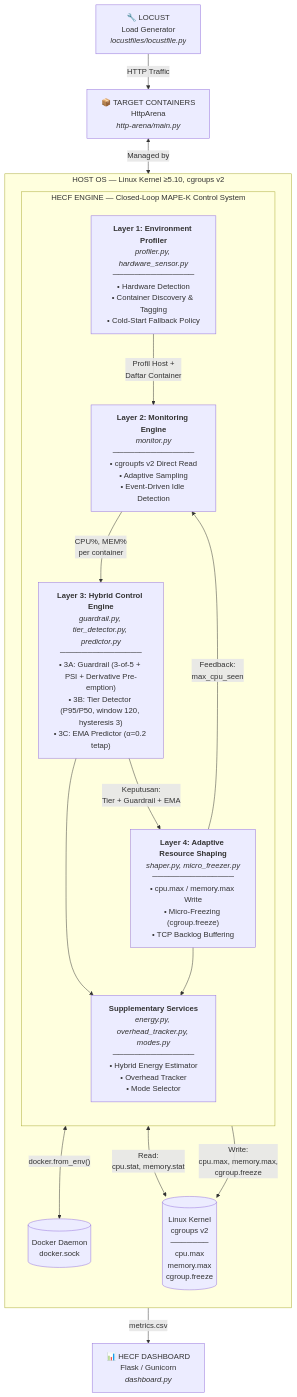
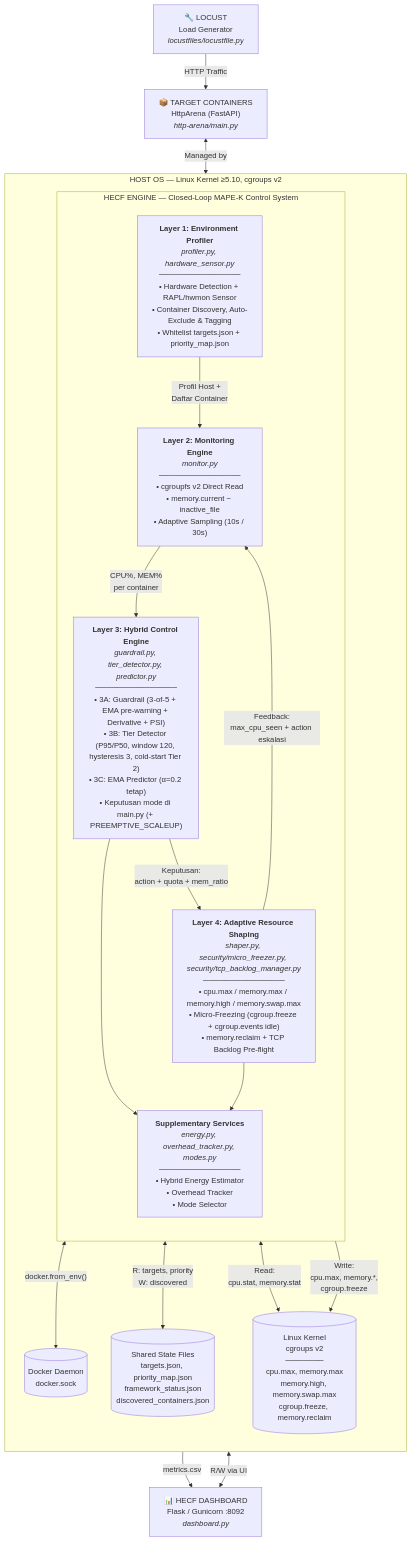
The first of 2 diagrams in architecture-diagrams/00-concept/big_picture.md (fauzanreza/green-container-framework), drawn with Mermaid before and after one commit. The commit also changed other lines of this file and 18 other files, not shown here.

````diff
--- a/architecture-diagrams/00-concept/big_picture.md
+++ b/architecture-diagrams/00-concept/big_picture.md
@@ -8,42 +8,45 @@
 ```mermaid
 flowchart TB
     subgraph HOST["HOST OS — Linux Kernel ≥5.10, cgroups v2"]
         direction TB
 
         subgraph MAPE["HECF ENGINE — Closed-Loop MAPE-K Control System"]
             direction TB
 
-            L1["<b>Layer 1: Environment Profiler</b><br/><i>profiler.py, hardware_sensor.py</i><br/>───────────────<br/>• Hardware Detection<br/>• Container Discovery & Tagging<br/>• Cold-Start Fallback Policy"]
+            L1["<b>Layer 1: Environment Profiler</b><br/><i>profiler.py, hardware_sensor.py</i><br/>───────────────<br/>• Hardware Detection + RAPL/hwmon Sensor<br/>• Container Discovery, Auto-Exclude & Tagging<br/>• Whitelist targets.json + priority_map.json"]
 
-            L2["<b>Layer 2: Monitoring Engine</b><br/><i>monitor.py</i><br/>───────────────<br/>• cgroupfs v2 Direct Read<br/>• Adaptive Sampling<br/>• Event-Driven Idle Detection"]
+            L2["<b>Layer 2: Monitoring Engine</b><br/><i>monitor.py</i><br/>───────────────<br/>• cgroupfs v2 Direct Read<br/>• memory.current − inactive_file<br/>• Adaptive Sampling (10s / 30s)"]
 
-            L3["<b>Layer 3: Hybrid Control Engine</b><br/><i>guardrail.py, tier_detector.py, predictor.py</i><br/>───────────────<br/>• 3A: Guardrail (3-of-5 + PSI + Derivative Pre-emption)<br/>• 3B: Tier Detector (P95/P50, window 120, hysteresis 3)<br/>• 3C: EMA Predictor (α=0.2 tetap)"]
+            L3["<b>Layer 3: Hybrid Control Engine</b><br/><i>guardrail.py, tier_detector.py, predictor.py</i><br/>───────────────<br/>• 3A: Guardrail (3-of-5 + EMA pre-warning + Derivative + PSI)<br/>• 3B: Tier Detector (P95/P50, window 120, hysteresis 3, cold-start Tier 2)<br/>• 3C: EMA Predictor (α=0.2 tetap)<br/>• Keputusan mode di main.py (+ PREEMPTIVE_SCALEUP)"]
 
-            L4["<b>Layer 4: Adaptive Resource Shaping</b><br/><i>shaper.py, micro_freezer.py</i><br/>───────────────<br/>• cpu.max / memory.max Write<br/>• Micro-Freezing (cgroup.freeze)<br/>• TCP Backlog Buffering"]
+            L4["<b>Layer 4: Adaptive Resource Shaping</b><br/><i>shaper.py, security/micro_freezer.py, security/tcp_backlog_manager.py</i><br/>───────────────<br/>• cpu.max / memory.max / memory.high / memory.swap.max<br/>• Micro-Freezing (cgroup.freeze + cgroup.events idle)<br/>• memory.reclaim + TCP Backlog Pre-flight"]
 
             SUP["<b>Supplementary Services</b><br/><i>energy.py, overhead_tracker.py, modes.py</i><br/>───────────────<br/>• Hybrid Energy Estimator<br/>• Overhead Tracker<br/>• Mode Selector"]
 
             L1 -->|"Profil Host +<br/>Daftar Container"| L2
             L2 -->|"CPU%, MEM%<br/>per container"| L3
-            L3 -->|"Keputusan:<br/>Tier + Guardrail + EMA"| L4
-            L4 -->|"Feedback:<br/>max_cpu_seen"| L2
+            L3 -->|"Keputusan:<br/>action + quota + mem_ratio"| L4
+            L4 -->|"Feedback:<br/>max_cpu_seen + action eskalasi"| L2
             L3 --> SUP
             L4 --> SUP
         end
 
-        KERNEL[("Linux Kernel<br/>cgroups v2<br/>───────<br/>cpu.max<br/>memory.max<br/>cgroup.freeze")]
+        KERNEL[("Linux Kernel<br/>cgroups v2<br/>───────<br/>cpu.max, memory.max<br/>memory.high, memory.swap.max<br/>cgroup.freeze, memory.reclaim")]
         DOCKER[("Docker Daemon<br/>docker.sock")]
+        SHARED[("Shared State Files<br/>targets.json, priority_map.json<br/>framework_status.json<br/>discovered_containers.json")]
 
         L1 <-->|"docker.from_env()"| DOCKER
+        L1 <-->|"R: targets, priority<br/>W: discovered"| SHARED
         L2 <-->|"Read:<br/>cpu.stat, memory.stat"| KERNEL
-        L4 -->|"Write:<br/>cpu.max, memory.max,<br/>cgroup.freeze"| KERNEL
+        L4 -->|"Write:<br/>cpu.max, memory.*,<br/>cgroup.freeze"| KERNEL
     end
 
     LOCUST["🔧 LOCUST<br/>Load Generator<br/><i>locustfiles/locustfile.py</i>"]
-    TARGET["📦 TARGET CONTAINERS<br/>HttpArena<br/><i>http-arena/main.py</i>"]
-    DASH["📊 HECF DASHBOARD<br/>Flask / Gunicorn<br/><i>dashboard.py</i>"]
+    TARGET["📦 TARGET CONTAINERS<br/>HttpArena (FastAPI)<br/><i>http-arena/main.py</i>"]
+    DASH["📊 HECF DASHBOARD<br/>Flask / Gunicorn :8092<br/><i>dashboard.py</i>"]
 
     LOCUST -->|"HTTP Traffic"| TARGET
     TARGET <-->|"Managed by"| DOCKER
     SUP -->|"metrics.csv"| DASH
+    DASH <-->|"R/W via UI"| SHARED
 ```
````
